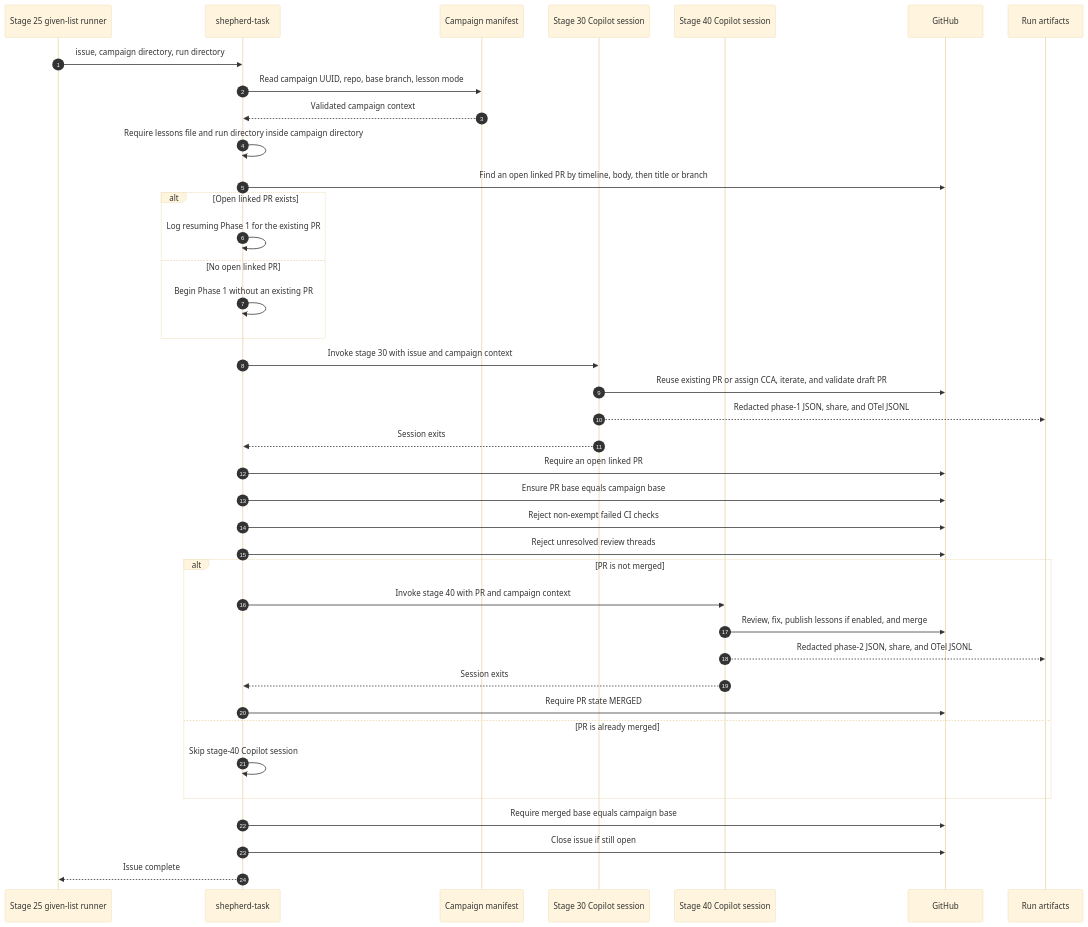
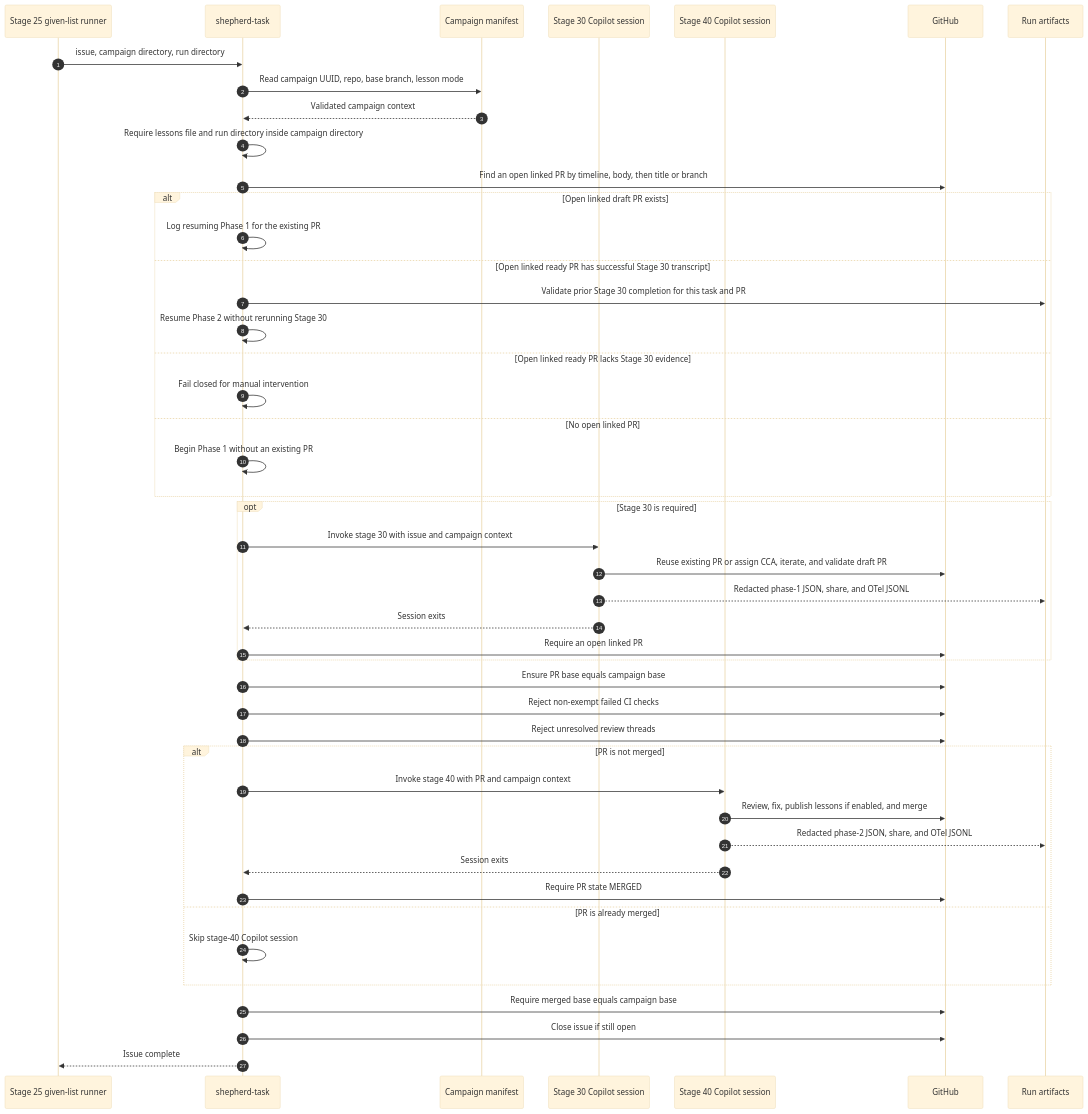
One commit to github/awesome-copilot changed the diagram in plugins/shepherd-task/figure-02-shepherd-task.md. Above: the diagram before and after it, drawn with Mermaid (base theme). The commit also changed other lines of this file and 7 other files, not shown here.

First line of the commit message:
Resume stage 40 for ready pull requests

````diff
--- a/plugins/shepherd-task/figure-02-shepherd-task.md
+++ b/plugins/shepherd-task/figure-02-shepherd-task.md
@@ -7,46 +7,53 @@
 ```mermaid
 sequenceDiagram
     autonumber
     participant GL as Stage 25 given-list runner
     participant ST as shepherd-task
     participant CM as Campaign manifest
     participant P1 as Stage 30 Copilot session
     participant P2 as Stage 40 Copilot session
     participant GH as GitHub
     participant Art as Run artifacts
 
     GL->>ST: issue, campaign directory, run directory
     ST->>CM: Read campaign UUID, repo, base branch, lesson mode
     CM-->>ST: Validated campaign context
     ST->>ST: Require lessons file and run directory inside campaign directory
     ST->>GH: Find an open linked PR by timeline, body, then title or branch
 
-    alt Open linked PR exists
+    alt Open linked draft PR exists
         ST->>ST: Log resuming Phase 1 for the existing PR
+    else Open linked ready PR has successful Stage 30 transcript
+        ST->>Art: Validate prior Stage 30 completion for this task and PR
+        ST->>ST: Resume Phase 2 without rerunning Stage 30
+    else Open linked ready PR lacks Stage 30 evidence
+        ST->>ST: Fail closed for manual intervention
     else No open linked PR
         ST->>ST: Begin Phase 1 without an existing PR
     end
-    ST->>P1: Invoke stage 30 with issue and campaign context
-    P1->>GH: Reuse existing PR or assign CCA, iterate, and validate draft PR
-    P1-->>Art: Redacted phase-1 JSON, share, and OTel JSONL
-    P1-->>ST: Session exits
-    ST->>GH: Require an open linked PR
+    opt Stage 30 is required
+        ST->>P1: Invoke stage 30 with issue and campaign context
+        P1->>GH: Reuse existing PR or assign CCA, iterate, and validate draft PR
+        P1-->>Art: Redacted phase-1 JSON, share, and OTel JSONL
+        P1-->>ST: Session exits
+        ST->>GH: Require an open linked PR
+    end
 
     ST->>GH: Ensure PR base equals campaign base
     ST->>GH: Reject non-exempt failed CI checks
     ST->>GH: Reject unresolved review threads
 
     alt PR is not merged
         ST->>P2: Invoke stage 40 with PR and campaign context
         P2->>GH: Review, fix, publish lessons if enabled, and merge
         P2-->>Art: Redacted phase-2 JSON, share, and OTel JSONL
         P2-->>ST: Session exits
         ST->>GH: Require PR state MERGED
     else PR is already merged
         ST->>ST: Skip stage-40 Copilot session
     end
 
     ST->>GH: Require merged base equals campaign base
     ST->>GH: Close issue if still open
     ST-->>GL: Issue complete
 ```
````
